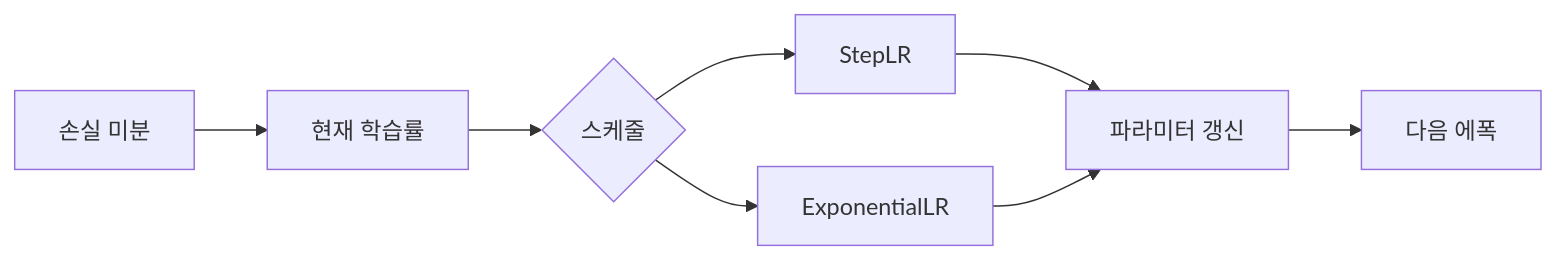
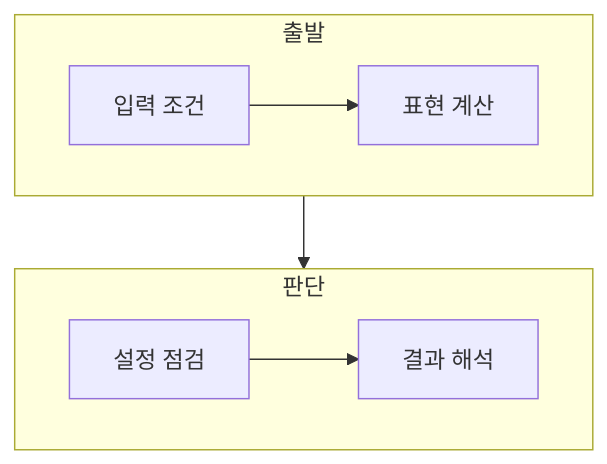
Before and after one commit to umyunsang/edu: the diagram in ComputerScience/03_ai-ml-data/artificial-intelligence/notes/01. Optimizer - 적응적 학습률.md, drawn with Mermaid. The commit also changed other lines of this file and 8 other files, not shown here.

````diff
--- a/ComputerScience/03_ai-ml-data/artificial-intelligence/notes/01. Optimizer - 적응적 학습률.md
+++ b/ComputerScience/03_ai-ml-data/artificial-intelligence/notes/01. Optimizer - 적응적 학습률.md
@@ -20,10 +23,12 @@
 ```mermaid
-flowchart LR
-  A[손실 미분] --> B[현재 학습률]
-  B --> C{스케줄}
-  C --> D[StepLR]
-  C --> E[ExponentialLR]
-  D --> F[파라미터 갱신]
-  E --> F
-  F --> G[다음 에폭]
+flowchart TB
+    subgraph Input[출발]
+        direction LR
+        A[입력 조건] --> B[표현 계산]
+    end
+    subgraph Decision[판단]
+        direction LR
+        C[설정 점검] --> D[결과 해석]
+    end
+    B --> C
 ```
````
